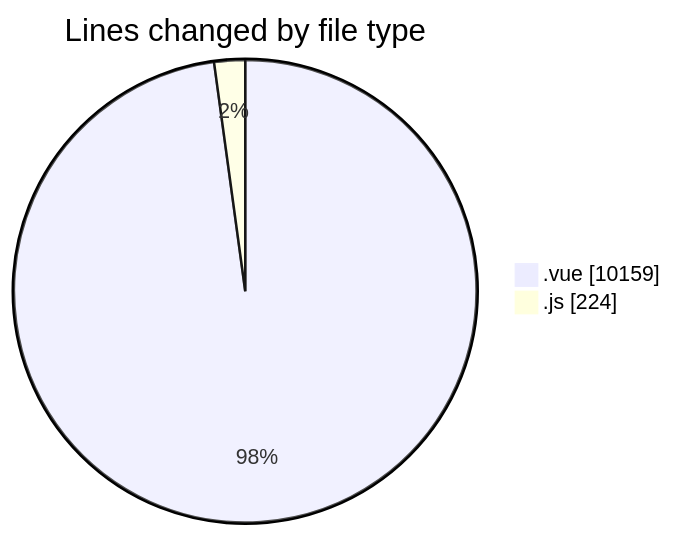
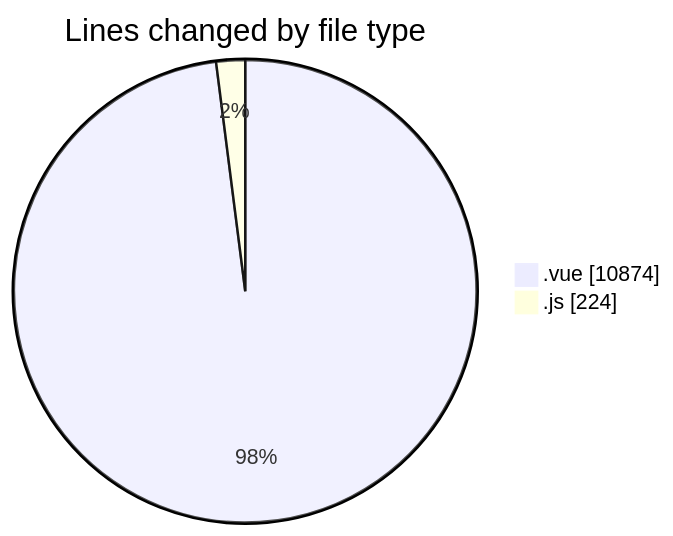
Before and after one commit to lephambinh05/code-tracking: the first of 2 diagrams in 2025-08-14/rentotp/README.md, drawn with Mermaid. The commit also changed other lines of this file and 1 other file, not shown here.

````diff
--- a/2025-08-14/rentotp/README.md
+++ b/2025-08-14/rentotp/README.md
@@ -25,6 +25,6 @@
 ```mermaid
 pie showData
 title Lines changed by file type
-".vue" : 10159
+".vue" : 10874
 ".js" : 224
 ```
````
